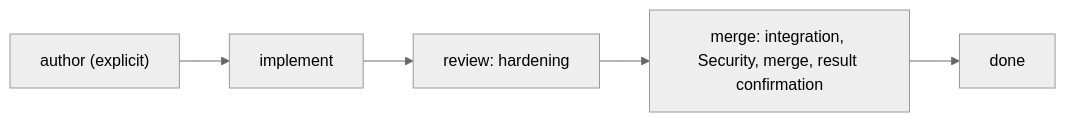
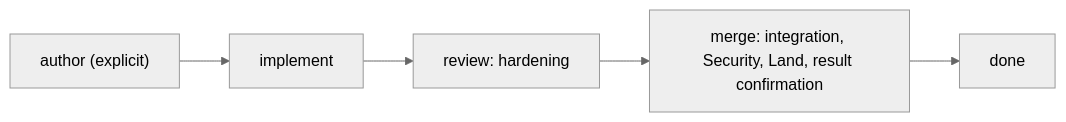
The diagram in docs/reference/sessions.md (axolotl-logic-io/ecosystem), drawn with Mermaid (neutral theme) before and after one commit. The commit also changed other lines of this file and 127 other files, not shown here.

````diff
--- a/docs/reference/sessions.md
+++ b/docs/reference/sessions.md
@@ -9,5 +9,5 @@
 ```mermaid
 flowchart LR
   author["author (explicit)"] --> implement
-  implement --> review["review: hardening"] --> merge["merge: integration, Security, merge, result confirmation"] --> done
+  implement --> review["review: hardening"] --> merge["merge: integration, Security, Land, result confirmation"] --> done
 ```
````
